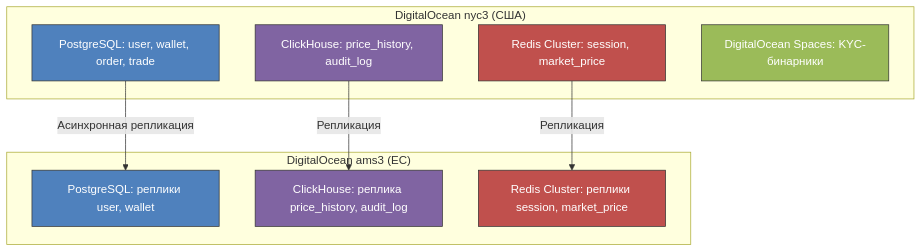
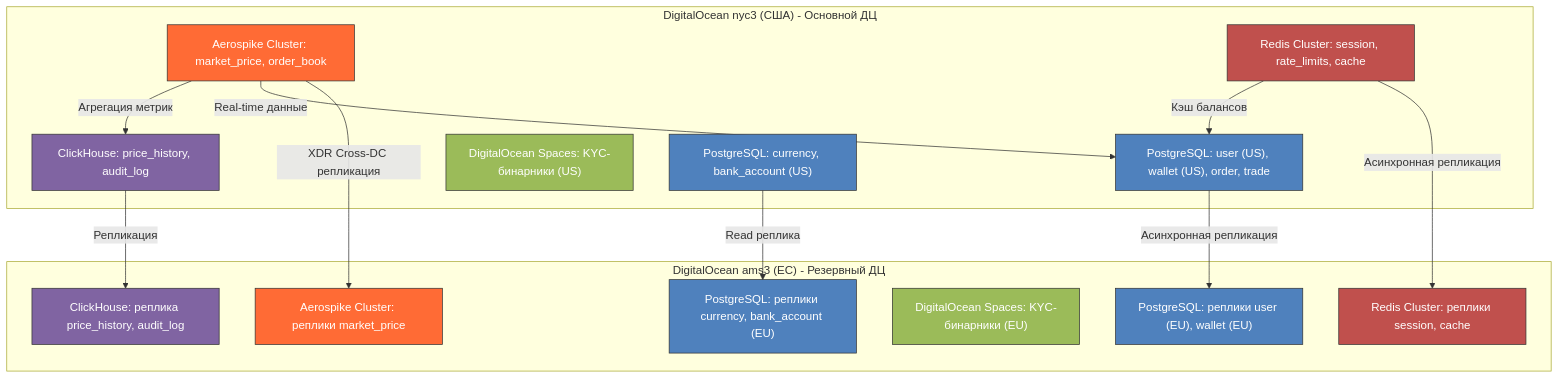
One commit to IfroloffI/highload-vk-edu-3-term changed the diagram in README.md. Above: the diagram before and after it, drawn with Mermaid. The commit also changed other lines of this file, not shown here.

````diff
--- a/README.md
+++ b/README.md
@@ -333,31 +399,46 @@
 ```mermaid
 %% Физическая архитектура БД
 
 flowchart TD
-    subgraph nyc3["DigitalOcean nyc3 (США)"]
-        A["PostgreSQL: user, wallet, order, trade"]
+    subgraph nyc3["DigitalOcean nyc3 (США) - Основной ДЦ"]
+        A["PostgreSQL: user (US), wallet (US), order, trade"]
         B["ClickHouse: price_history, audit_log"]
-        C["Redis Cluster: session, market_price"]
-        D["DigitalOcean Spaces: KYC-бинарники"]
+        C["Aerospike Cluster: market_price, order_book"]
+        D["DigitalOcean Spaces: KYC-бинарники (US)"]
+        E["PostgreSQL: currency, bank_account (US)"]
+        F["Redis Cluster: session, rate_limits, cache"]
     end
 
-    subgraph ams3["DigitalOcean ams3 (ЕС)"]
-        E["PostgreSQL: реплики user, wallet"]
-        F["ClickHouse: реплика price_history, audit_log"]
-        G["Redis Cluster: реплики session, market_price"]
+    subgraph ams3["DigitalOcean ams3 (ЕС) - Резервный ДЦ"]
+        G["PostgreSQL: реплики user (EU), wallet (EU)"]
+        H["ClickHouse: реплика price_history, audit_log"]
+        I["Aerospike Cluster: реплики market_price"]
+        J["DigitalOcean Spaces: KYC-бинарники (EU)"]
+        K["PostgreSQL: реплики currency, bank_account (EU)"]
+        L["Redis Cluster: реплики session, cache"]
     end
 
-    A -->|Асинхронная репликация| E
-    B -->|Репликация| F
-    C -->|Репликация| G
+    %% Репликация данных
+    A -->|Асинхронная репликация| G
+    B -->|Репликация| H
+    C -->|XDR Cross-DC репликация| I
+    E -->|Read реплика| K
+    F -->|Асинхронная репликация| L
+    
+    %% Внутренние связи
+    C -->|Real-time данные| A
+    C -->|Агрегация метрик| B
+    F -->|Кэш балансов| A
 
     classDef pg fill:#4F81BD,stroke:#333,color:white;
     classDef ch fill:#8064A2,stroke:#333,color:white;
+    classDef aerospike fill:#FF6B35,stroke:#333,color:white;
     classDef redis fill:#C0504D,stroke:#333,color:white;
     classDef spaces fill:#9BBB59,stroke:#333,color:white;
 
-    class A,E pg
-    class B,F ch
-    class C,G redis
-    class D spaces
+    class A,E,G,K pg
+    class B,H ch
+    class C,I aerospike
+    class F,L redis
+    class D,J spaces
 ```
````
